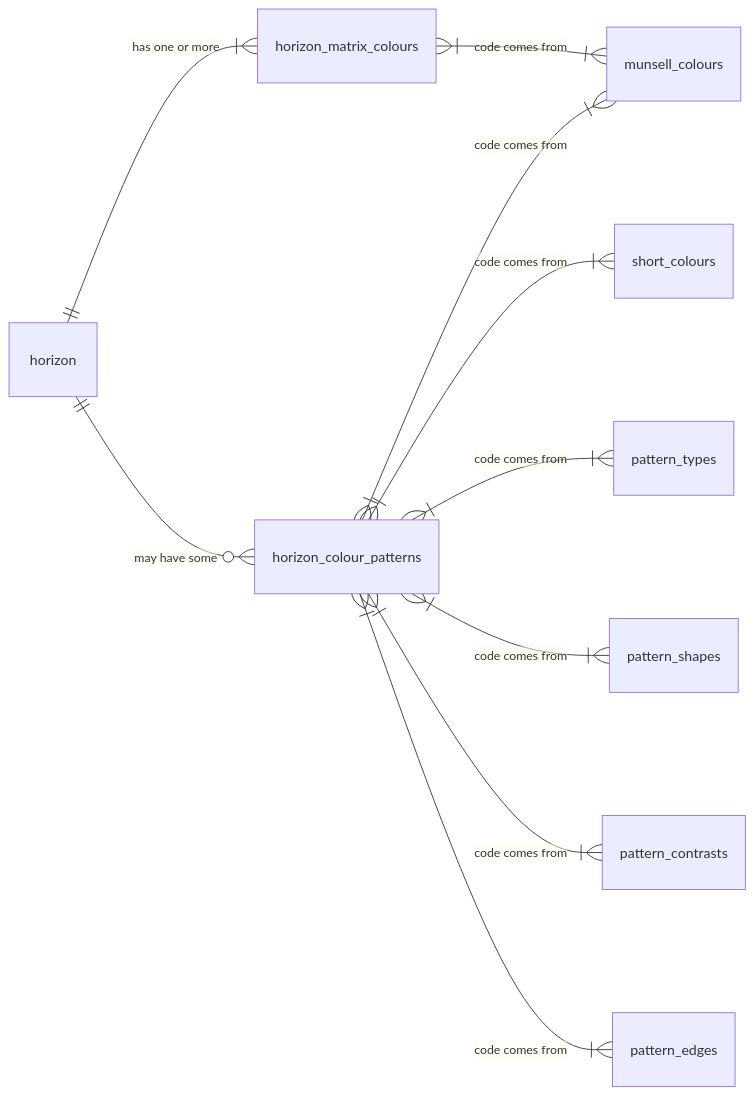
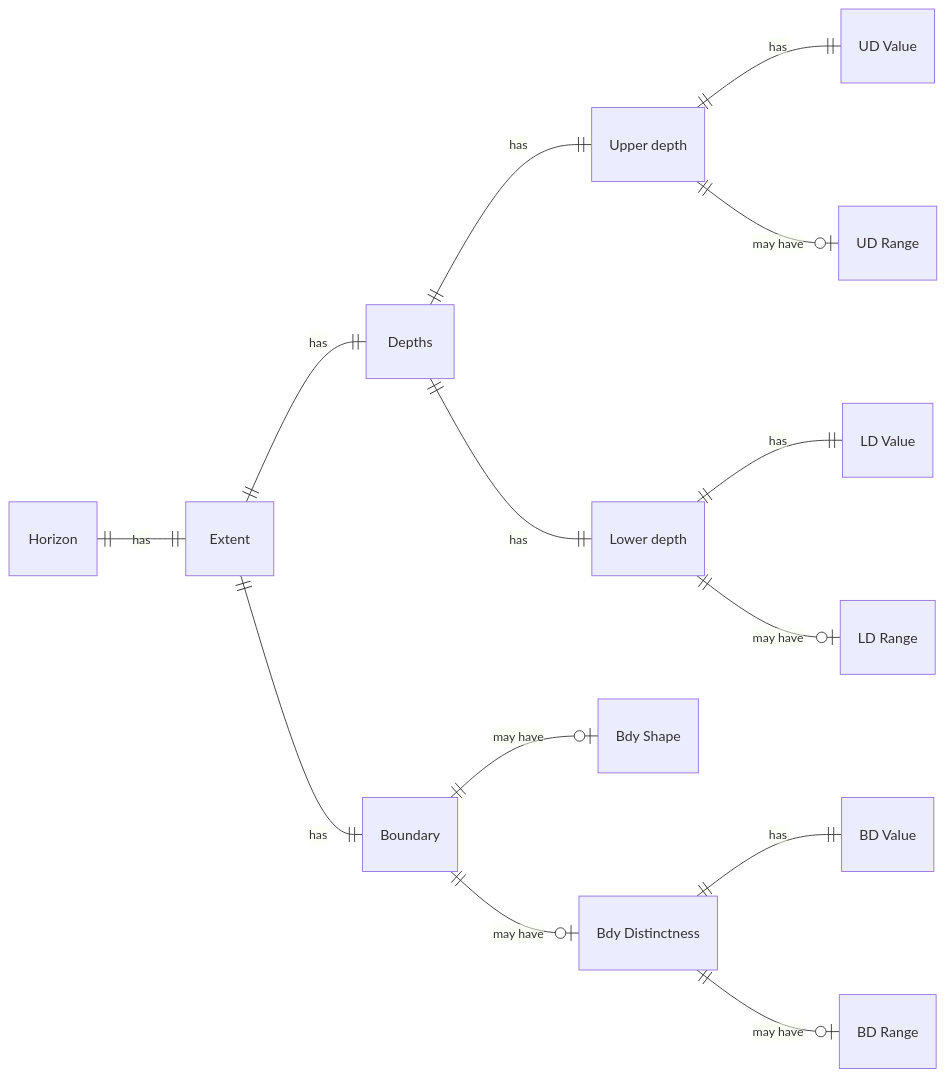
The tenth of 19 diagrams in ap_data_model.qmd (manaakiwhenua/NZ_soildesc_2024), drawn with Mermaid before and after one commit. The commit also changed other lines of this file, not shown here.

````diff
--- a/ap_data_model.qmd
+++ b/ap_data_model.qmd
@@ -1226,16 +362,21 @@
 ```{mermaid}
-%%| label: fig-mhorcolo
-%%| fig-cap: "Horizon colour - Overview"
+%%| label: fig-erd-hzn-ext
+%%| fig-cap: "Horizons  - extent"
 
 erDiagram
   direction LR
-  horizon ||--|{ horizon_matrix_colours : "has one or more"
-  horizon ||--o{ horizon_colour_patterns : "may have some"
-  horizon_matrix_colours }|--|{ munsell_colours : "code comes from"
-  horizon_colour_patterns }|--|{ munsell_colours : "code comes from"
-  horizon_colour_patterns }|--|{ short_colours : "code comes from"
-  horizon_colour_patterns }|--|{ pattern_types : "code comes from"
-  horizon_colour_patterns }|--|{ pattern_shapes : "code comes from"
-  horizon_colour_patterns }|--|{ pattern_contrasts : "code comes from"
-  horizon_colour_patterns }|--|{ pattern_edges : "code comes from"
+  Horizon ||--|| Extent : "has"
+    Extent ||--|| Depths : "has"
+      Depths ||--|| "Upper depth" : "has"
+        "Upper depth" ||--|| "UD Value" : has
+        "Upper depth" ||--o| "UD Range" : "may have"
+      Depths ||--|| "Lower depth" : "has"
+        "Lower depth" ||--|| "LD Value" : has
+        "Lower depth" ||--o| "LD Range" : "may have"
+    Extent ||--|| Boundary : "has"
+      Boundary ||--o| "Bdy Shape" : "may have"
+      Boundary ||--o| "Bdy Distinctness" : "may have"
+        "Bdy Distinctness" ||--|| "BD Value" : "has"
+        "Bdy Distinctness" ||--o| "BD Range" : "may have"
+
 ```
````
